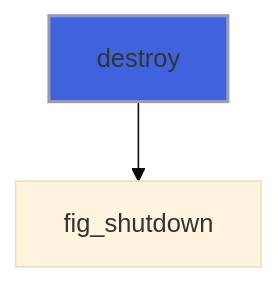
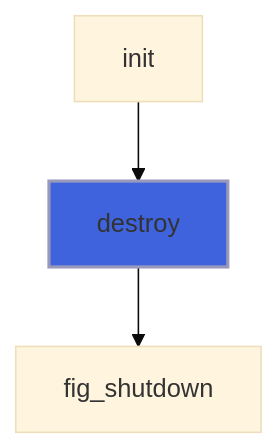
One commit to szaghi/figure changed the sixth of 8 diagrams in docs/api/src/lib/figure_app.md. Above: the diagram before and after it, drawn with Mermaid (base theme). The commit also changed 30 other files, not shown here.

````diff
--- a/docs/api/src/lib/figure_app.md
+++ b/docs/api/src/lib/figure_app.md
@@ -198,5 +198,6 @@
 ```mermaid
 flowchart TD
+  init["init"] --> destroy["destroy"]
   destroy["destroy"] --> fig_shutdown["fig_shutdown"]
   style destroy fill:#3e63dd,stroke:#99b,stroke-width:2px
 ```
````
